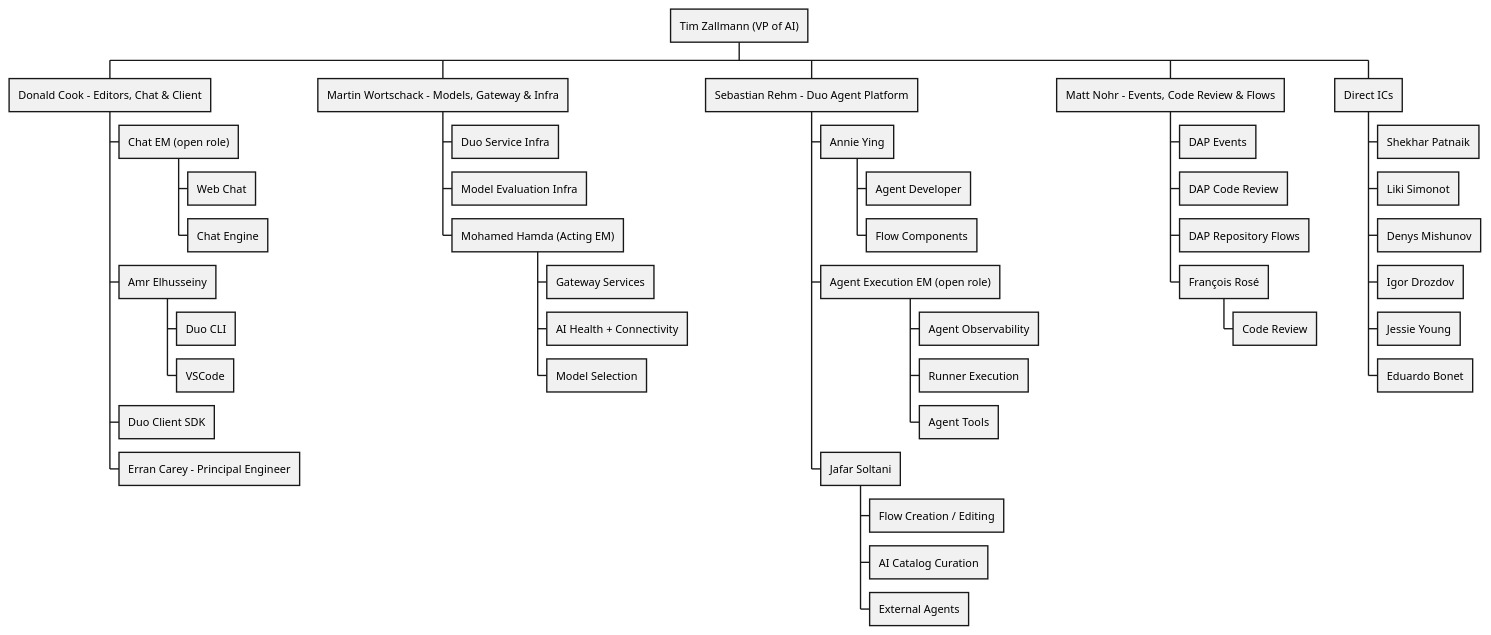
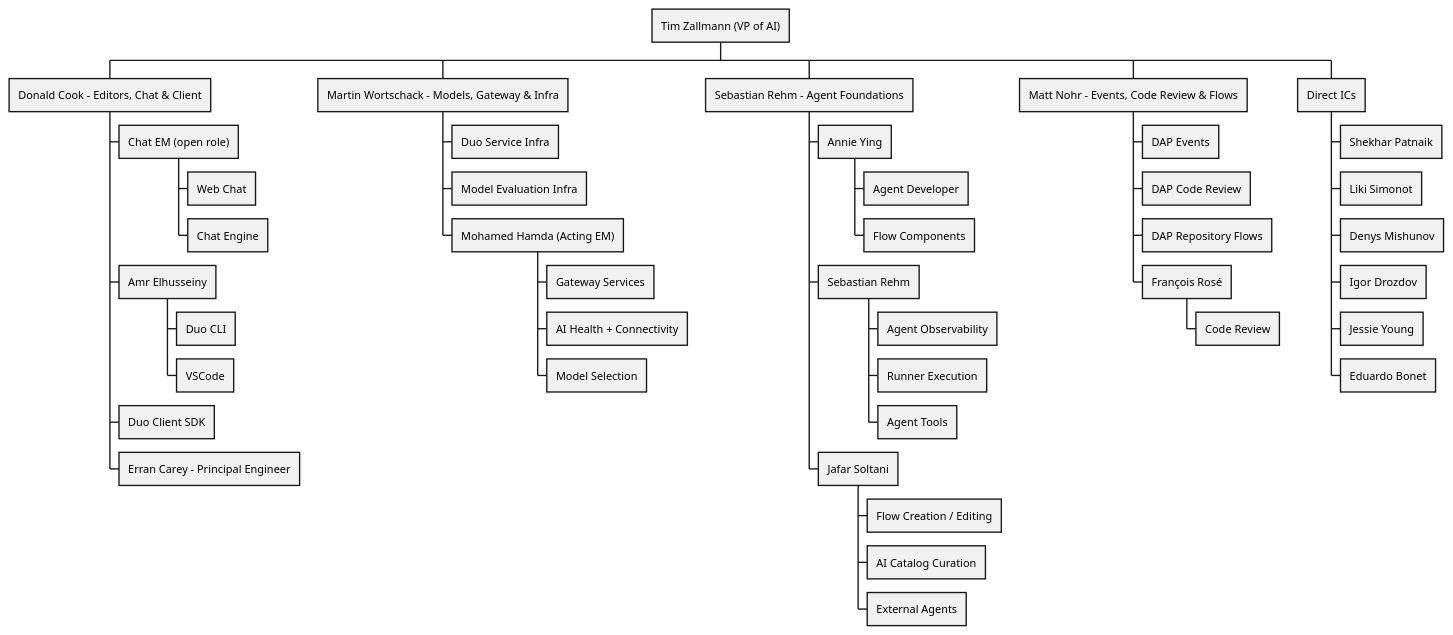
One commit to kyama0/gitlab-handbook-ja changed the diagram in content/handbook/engineering/ai/_index.md. Above: the diagram before and after it, drawn with PlantUML. The commit also changed other lines of this file and 38 other files, not shown here.

````diff
--- a/content/handbook/engineering/ai/_index.md
+++ b/content/handbook/engineering/ai/_index.md
@@ -25,46 +25,46 @@
 ```plantuml
 @startwbs
 * Tim Zallmann (VP of AI)
 ** Donald Cook - Editors, Chat & Client
 *** Chat EM (open role)
 **** Web Chat
 **** Chat Engine
 *** Amr Elhusseiny
 **** Duo CLI
 **** VSCode
 *** Duo Client SDK
 *** Erran Carey - Principal Engineer
 ** Martin Wortschack - Models, Gateway & Infra
 *** Duo Service Infra
 *** Model Evaluation Infra
 *** Mohamed Hamda (Acting EM)
 **** Gateway Services
 **** AI Health + Connectivity
 **** Model Selection
-** Sebastian Rehm - Duo Agent Platform
+** Sebastian Rehm - Agent Foundations
 *** Annie Ying
 **** Agent Developer
 **** Flow Components
-*** Agent Execution EM (open role)
+*** Sebastian Rehm
 **** Agent Observability
 **** Runner Execution
 **** Agent Tools
 *** Jafar Soltani
 **** Flow Creation / Editing
 **** AI Catalog Curation
 **** External Agents
 ** Matt Nohr - Events, Code Review & Flows
 *** DAP Events
 *** DAP Code Review
 *** DAP Repository Flows
 *** François Rosé
 **** Code Review
 ** Direct ICs
 *** Shekhar Patnaik
 *** Liki Simonot
 *** Denys Mishunov
 *** Igor Drozdov
 *** Jessie Young
 *** Eduardo Bonet
 @endwbs
 ```
````
